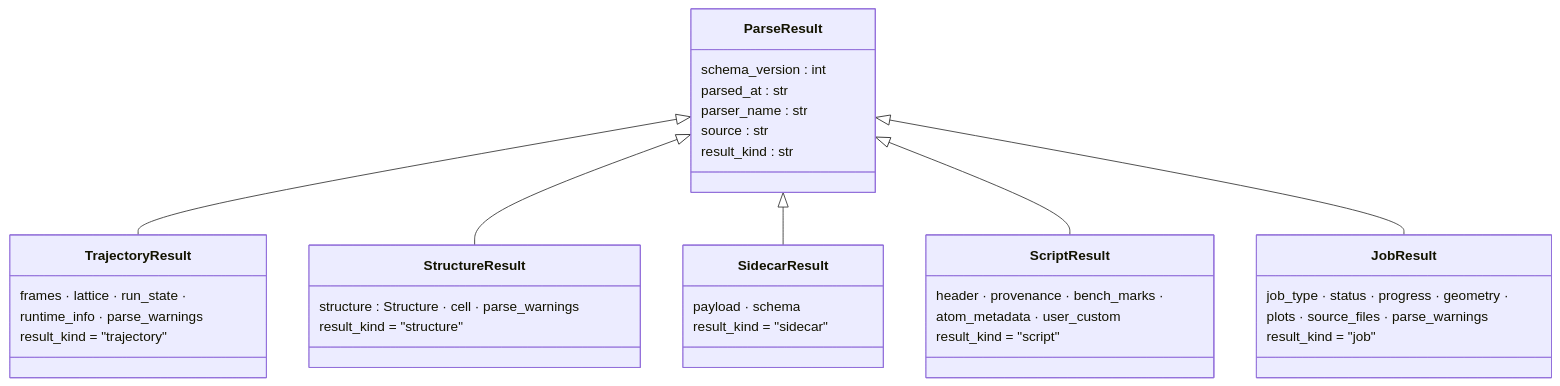
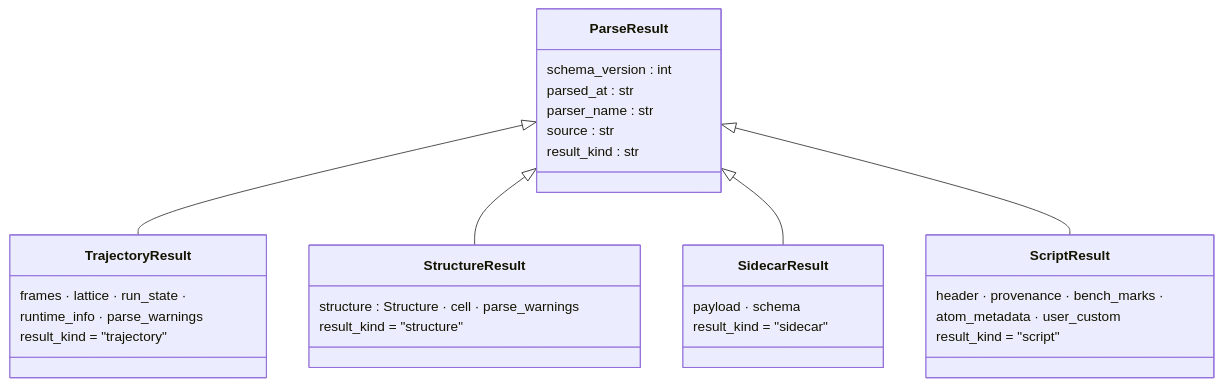
One commit to Qing-LAB/molbuilder changed the first of 2 diagrams in docs/model/parse.md. Above: the diagram before and after it, drawn with Mermaid. The commit also changed other lines of this file and 25 other files, not shown here.

````diff
--- a/docs/model/parse.md
+++ b/docs/model/parse.md
@@ -53,38 +53,32 @@
 ```mermaid
 classDiagram
     class ParseResult {
         schema_version : int
         parsed_at : str
         parser_name : str
         source : str
         result_kind : str
     }
     class TrajectoryResult {
         frames · lattice · run_state ·
         runtime_info · parse_warnings
         result_kind = "trajectory"
     }
     class StructureResult {
         structure : Structure · cell · parse_warnings
         result_kind = "structure"
     }
     class SidecarResult {
         payload · schema
         result_kind = "sidecar"
     }
     class ScriptResult {
         header · provenance · bench_marks ·
         atom_metadata · user_custom
         result_kind = "script"
     }
-    class JobResult {
-        job_type · status · progress · geometry ·
-        plots · source_files · parse_warnings
-        result_kind = "job"
-    }
     ParseResult <|-- TrajectoryResult
     ParseResult <|-- StructureResult
     ParseResult <|-- SidecarResult
     ParseResult <|-- ScriptResult
-    ParseResult <|-- JobResult
 ```
````
